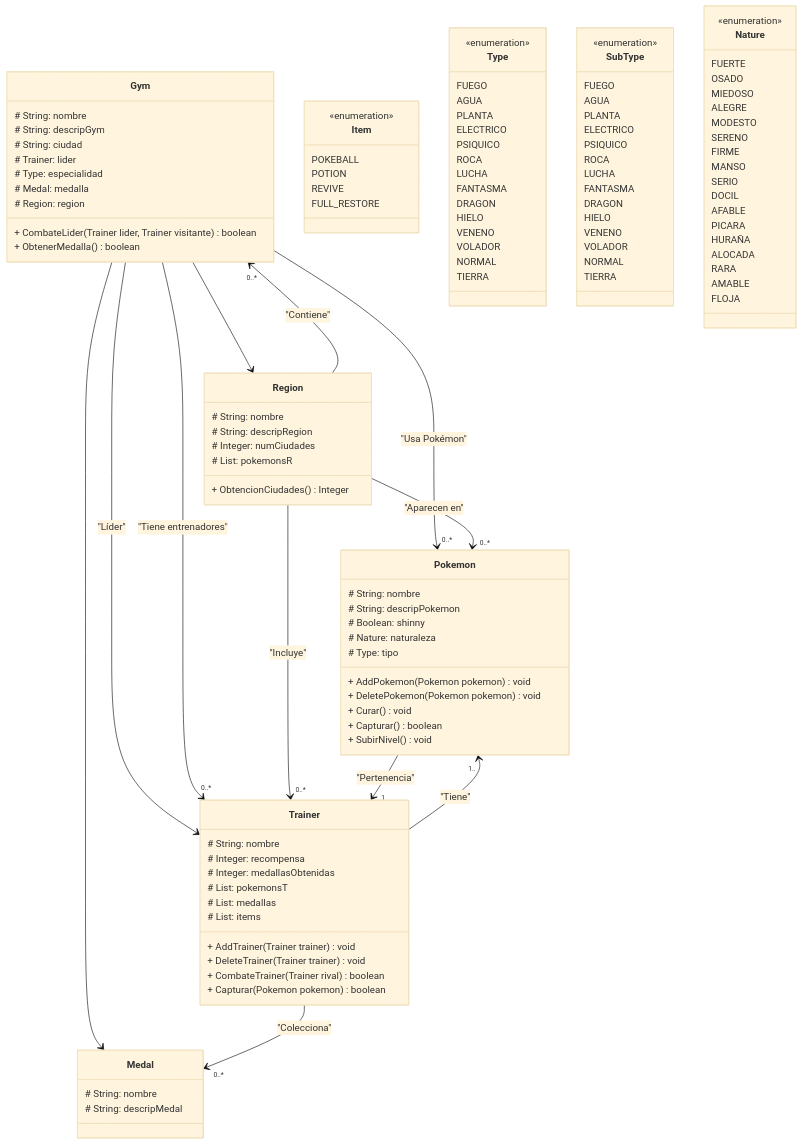
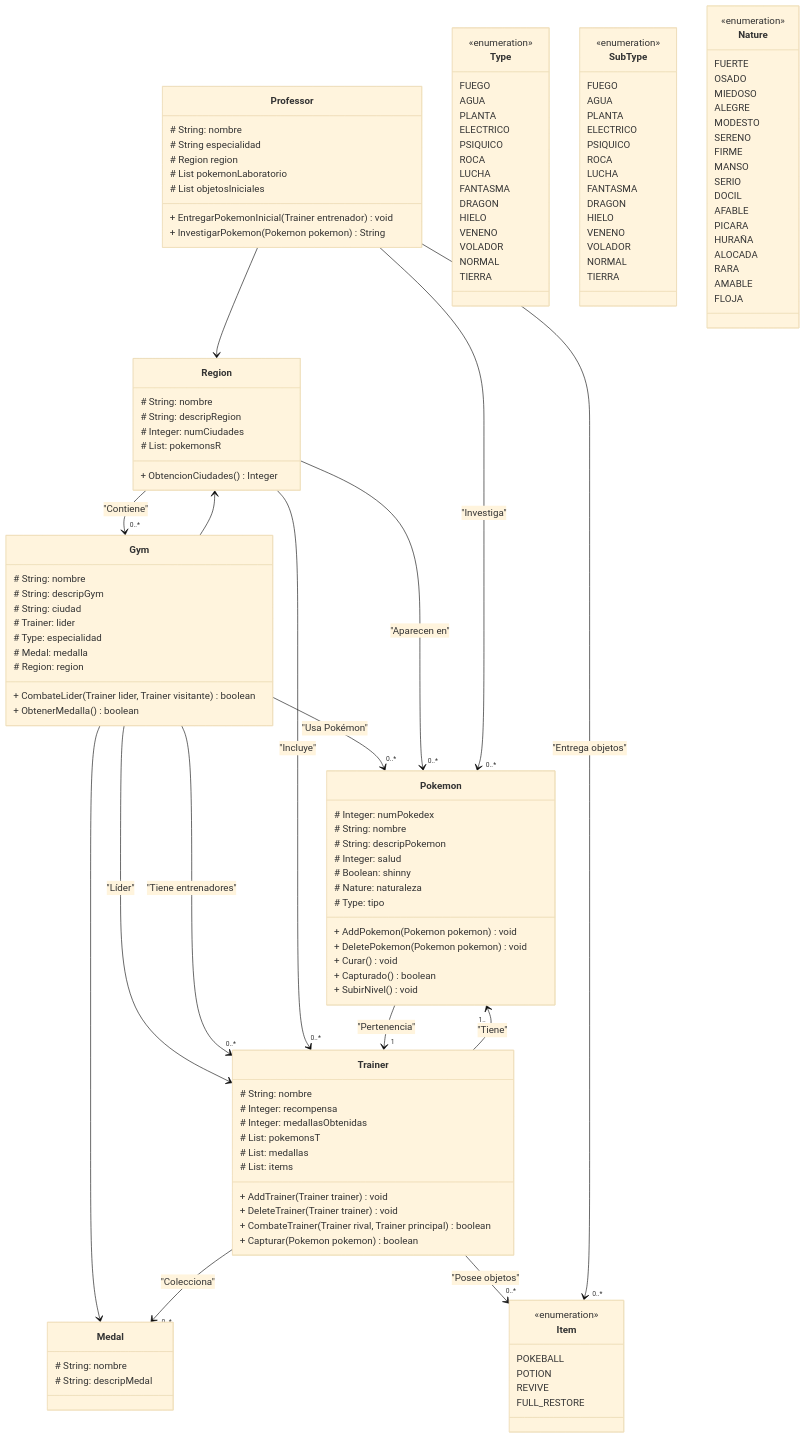
Before and after one commit to AngelRagel05/Angel-1DAW: the diagram in EEDD/PokeDev/Readme.md, drawn with Mermaid (base theme). The commit also changed 2 other files, not shown here.

Commit message:
Subo modificacion UML :(

````diff
--- a/EEDD/PokeDev/Readme.md
+++ b/EEDD/PokeDev/Readme.md
@@ -1,5 +1,14 @@
 ```mermaid
     classDiagram
+
+        class Region {
+            # String: nombre
+            # String: descripRegion
+            # Integer: numCiudades
+            # List<Pokemon>: pokemonsR
+
+            + ObtencionCiudades () Integer
+        }
 
         class Gym {
             # String: nombre
@@ -14,18 +23,11 @@
             + ObtenerMedalla () boolean
         }
 
-        class Region {
-            # String: nombre
-            # String: descripRegion
-            # Integer: numCiudades
-            # List<Pokemon>: pokemonsR
-
-            + ObtencionCiudades () Integer
-        }
-
         class Pokemon {
+            # Integer: numPokedex
             # String: nombre
             # String: descripPokemon
+            # Integer: salud
             # Boolean: shinny
             # Nature: naturaleza
             # Type: tipo
@@ -33,7 +35,7 @@
             + AddPokemon (Pokemon pokemon) void
             + DeletePokemon (Pokemon pokemon) void
             + Curar () void
-            + Capturar () boolean
+            + Capturado () boolean
             + SubirNivel () void
         }
 
@@ -47,8 +49,19 @@
 
             + AddTrainer (Trainer trainer) void
             + DeleteTrainer (Trainer trainer) void
-            + CombateTrainer (Trainer rival) boolean
+            + CombateTrainer (Trainer rival, Trainer principal) boolean
             + Capturar (Pokemon pokemon) boolean
+        }
+
+        class Professor {
+            # String: nombre
+            # String especialidad
+            # Region region
+            # List<Pokemon> pokemonLaboratorio
+            # List<Item> objetosIniciales
+
+            + EntregarPokemonInicial (Trainer entrenador) void
+            + InvestigarPokemon (Pokemon pokemon) String
         }
 
         class Medal {
@@ -129,6 +142,7 @@
 
     Trainer --> "1.." Pokemon : "Tiene"
     Trainer --> "0..*" Medal : "Colecciona"
+    Trainer --> "0..*" Item : "Posee objetos"
 
     Region --> "0..*" Pokemon : "Aparecen en"
     Region --> "0..*" Gym : "Contiene"
@@ -136,4 +150,8 @@
 
     Pokemon --> "1" Trainer : "Pertenencia"
 
+    Professor --> Region
+    Professor --> "0..*" Pokemon : "Investiga"
+    Professor --> "0..*" Item : "Entrega objetos"
+
 ```
````
